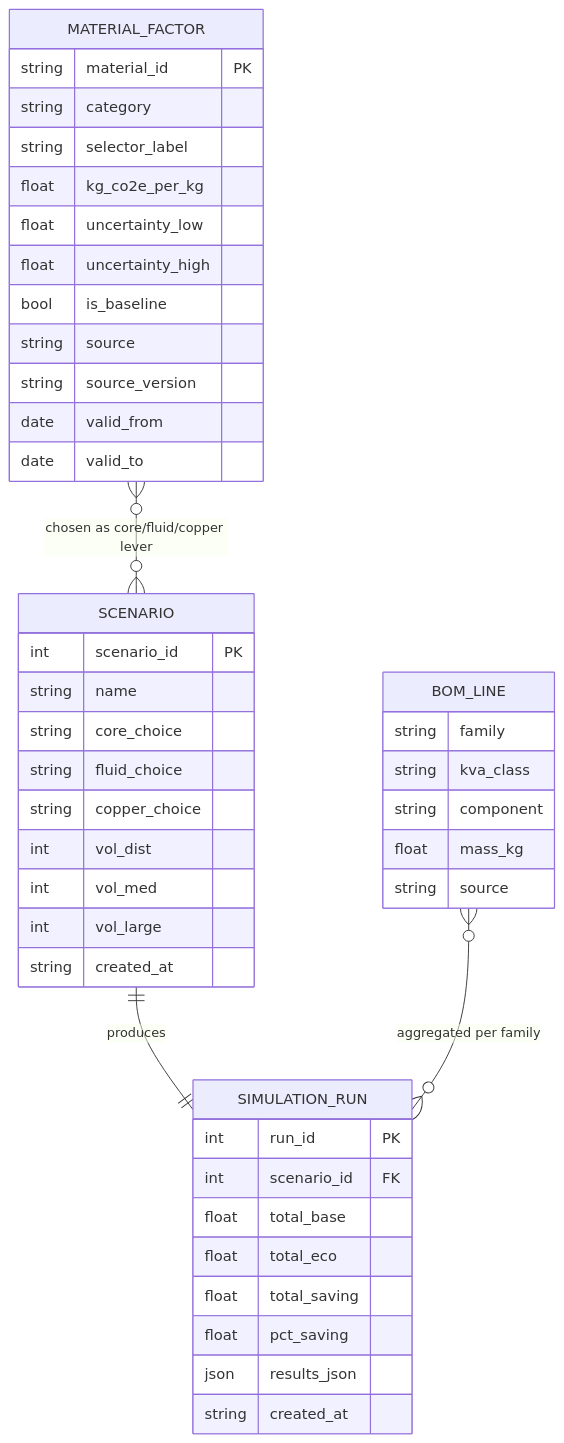
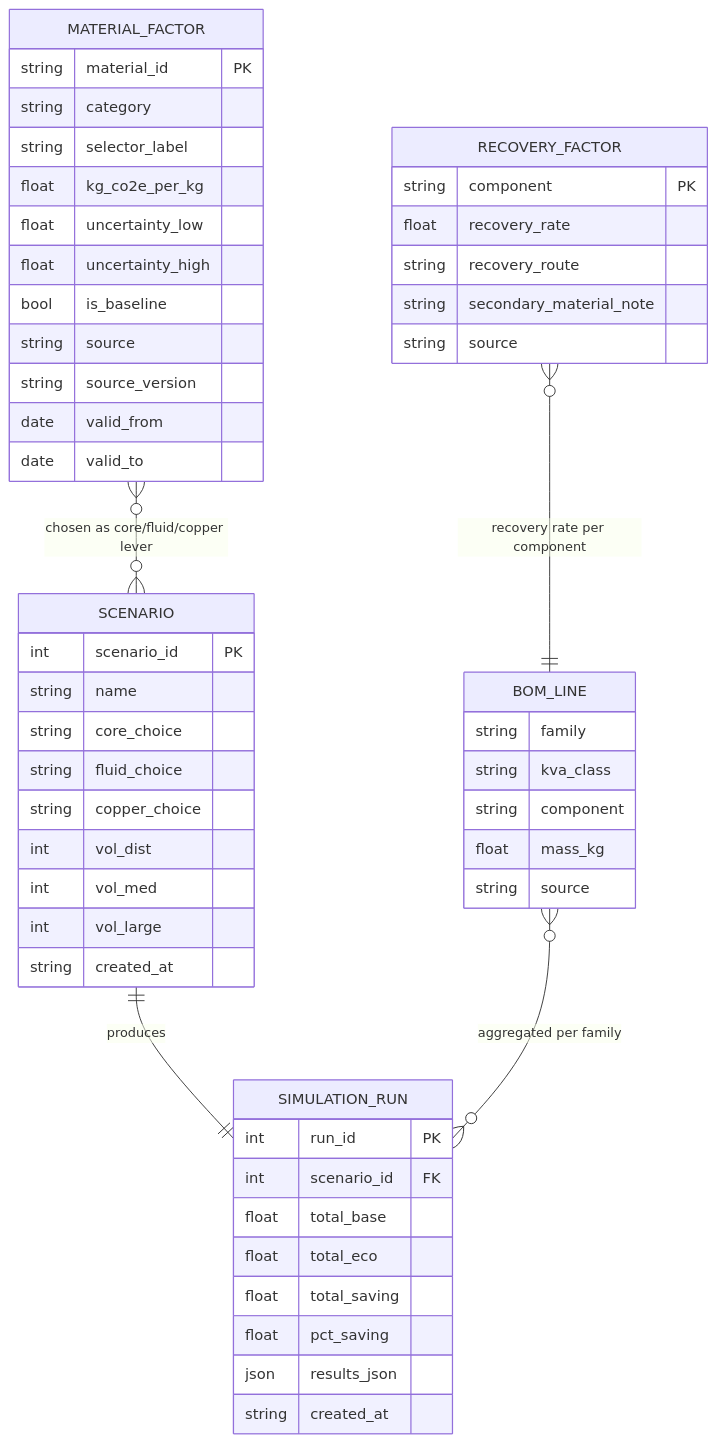
One commit to lugasraka/CO2-calculator-prototype-transformer changed the second of 2 diagrams in README.md. Above: the diagram before and after it, drawn with Mermaid. The commit also changed other lines of this file and 7 other files, not shown here.

````diff
--- a/README.md
+++ b/README.md
@@ -84,48 +93,56 @@
 ```mermaid
 erDiagram
     MATERIAL_FACTOR {
         string material_id PK
         string category
         string selector_label
         float  kg_co2e_per_kg
         float  uncertainty_low
         float  uncertainty_high
         bool   is_baseline
         string source
         string source_version
         date   valid_from
         date   valid_to
     }
     BOM_LINE {
         string family
         string kva_class
         string component
         float  mass_kg
+        string source
+    }
+    RECOVERY_FACTOR {
+        string component PK
+        float  recovery_rate
+        string recovery_route
+        string secondary_material_note
         string source
     }
     SCENARIO {
         int    scenario_id PK
         string name
         string core_choice
         string fluid_choice
         string copper_choice
         int    vol_dist
         int    vol_med
         int    vol_large
         string created_at
     }
     SIMULATION_RUN {
         int    run_id PK
         int    scenario_id FK
         float  total_base
         float  total_eco
         float  total_saving
         float  pct_saving
         json   results_json
         string created_at
     }
 
     SCENARIO ||--|| SIMULATION_RUN : "produces"
     MATERIAL_FACTOR }o--o{ SCENARIO : "chosen as core/fluid/copper lever"
     BOM_LINE }o--o{ SIMULATION_RUN : "aggregated per family"
+    RECOVERY_FACTOR }o--|| BOM_LINE : "recovery rate per component"
 ```
````
